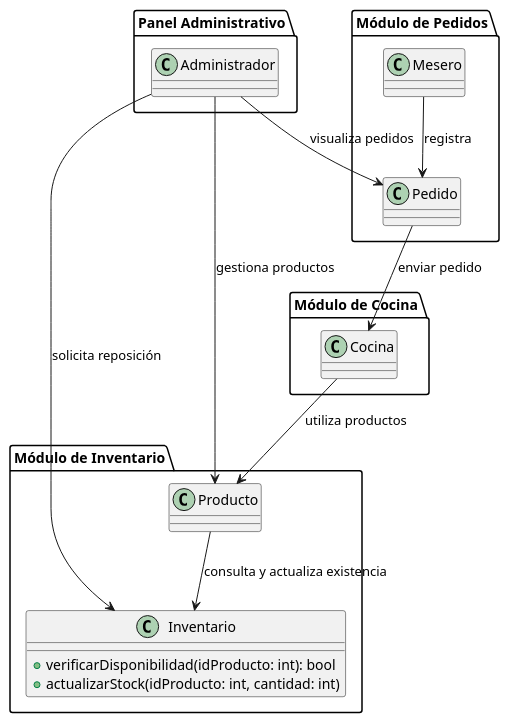
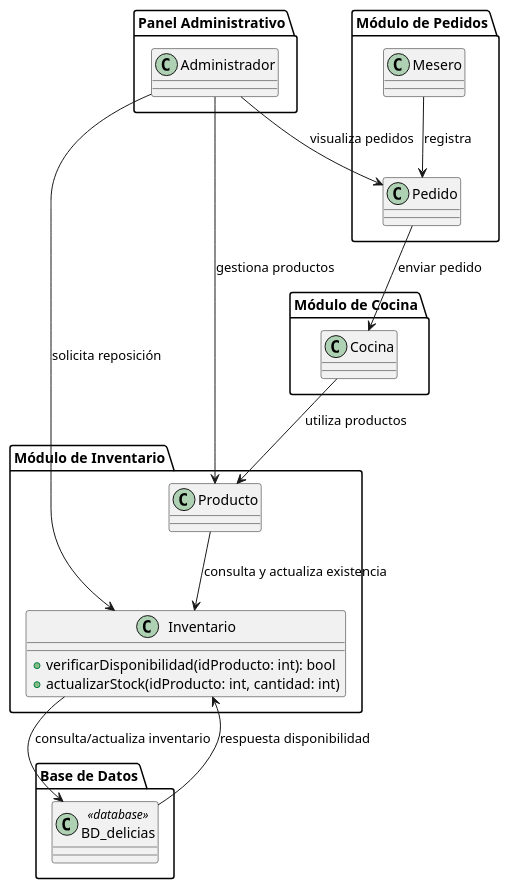
The diagram in Ing.Requisitos/diagrama_paquetes.plantuml (jaidergomez03/Ing.Requisitos), drawn with PlantUML before and after one commit. The commit also changed 2 other files, not shown here.

```diff
--- a/Ing.Requisitos/diagrama_paquetes.plantuml
+++ b/Ing.Requisitos/diagrama_paquetes.plantuml
@@ -1,31 +1,37 @@
 @startuml paquetes
 package "Módulo de Pedidos" {
   class Pedido
   class Mesero
 }
 
 package "Módulo de Cocina" {
   class Cocina
 }
 
 package "Módulo de Inventario" {
   class Producto
   class Inventario {
     +verificarDisponibilidad(idProducto: int): bool
     +actualizarStock(idProducto: int, cantidad: int)
   }
 }
 
 package "Panel Administrativo" {
   class Administrador
 }
 
+package "Base de Datos" {
+  class BD_delicias <<database>>
+}
+
 Mesero --> Pedido : registra
 Pedido --> Cocina : enviar pedido
 Cocina --> Producto : utiliza productos
 Producto --> Inventario : consulta y actualiza existencia
+Inventario --> BD_delicias : consulta/actualiza inventario
+BD_delicias --> Inventario : respuesta disponibilidad
 Administrador --> Producto : gestiona productos
 Administrador --> Inventario : solicita reposición
 Administrador --> Pedido : visualiza pedidos
 
 @enduml
```
